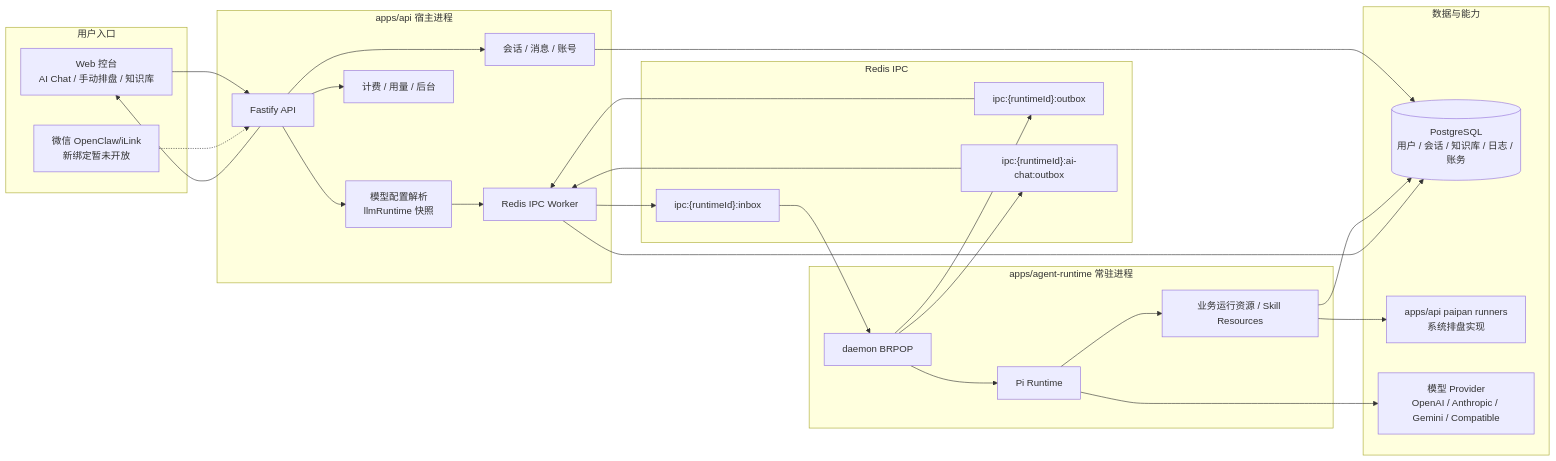
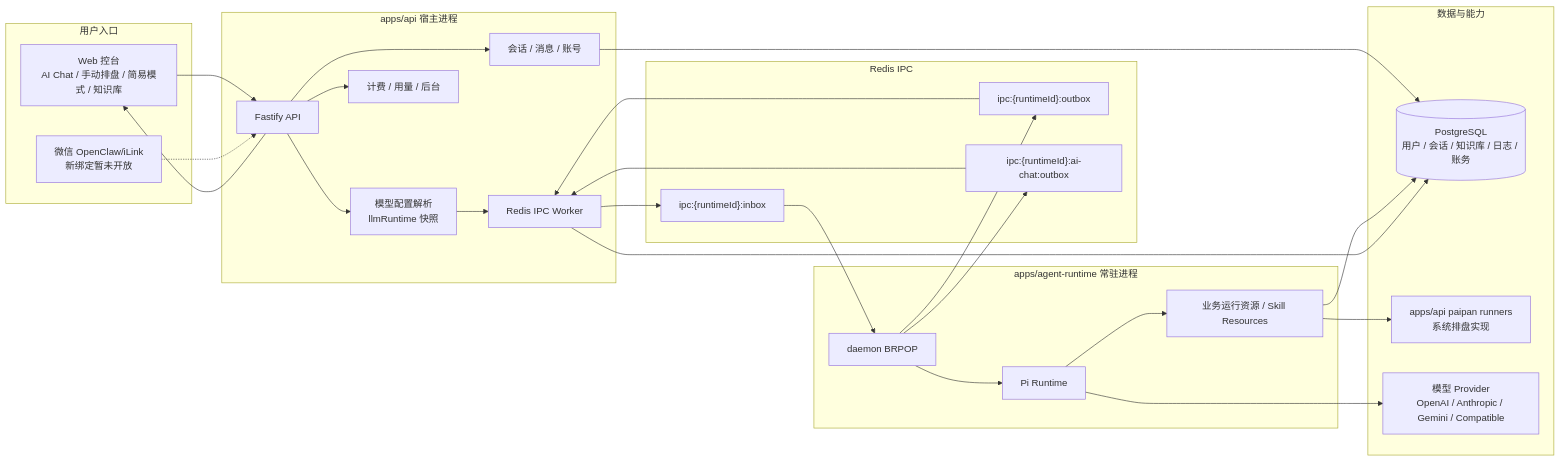
The first of 3 diagrams in README.md (Coaixy/FateClaw), drawn with Mermaid before and after one commit. The commit also changed other lines of this file and 5 other files, not shown here.

````diff
--- a/README.md
+++ b/README.md
@@ -21,54 +35,54 @@
 ```mermaid
 flowchart LR
   subgraph Client["用户入口"]
-    Web["Web 控台<br/>AI Chat / 手动排盘 / 知识库"]
+    Web["Web 控台<br/>AI Chat / 手动排盘 / 简易模式 / 知识库"]
     WeChat["微信 OpenClaw/iLink<br/>新绑定暂未开放"]
   end
 
   subgraph Host["apps/api 宿主进程"]
     Fastify["Fastify API"]
     Session["会话 / 消息 / 账号"]
     Runtime["模型配置解析<br/>llmRuntime 快照"]
     Billing["计费 / 用量 / 后台"]
     IpcWorker["Redis IPC Worker"]
   end
 
   subgraph Redis["Redis IPC"]
     Inbox["ipc:{runtimeId}:inbox"]
     Outbox["ipc:{runtimeId}:outbox"]
     AiOutbox["ipc:{runtimeId}:ai-chat:outbox"]
   end
 
   subgraph Agent["apps/agent-runtime 常驻进程"]
     Daemon["daemon BRPOP"]
     Kernel["Pi Runtime"]
     Tools["业务运行资源 / Skill Resources"]
   end
 
   subgraph Data["数据与能力"]
     PG[("PostgreSQL<br/>用户 / 会话 / 知识库 / 日志 / 账务")]
     PaipanRuntime["apps/api paipan runners<br/>系统排盘实现"]
     LLM["模型 Provider<br/>OpenAI / Anthropic / Gemini / Compatible"]
   end
 
   Web --> Fastify
   WeChat -.-> Fastify
   Fastify --> Session
   Fastify --> Runtime
   Fastify --> Billing
   Session --> PG
   Runtime --> IpcWorker
   IpcWorker --> Inbox
   Inbox --> Daemon
   Daemon --> Kernel
   Kernel --> Tools
   Tools --> PaipanRuntime
   Tools --> PG
   Kernel --> LLM
   Daemon --> Outbox
   Daemon --> AiOutbox
   Outbox --> IpcWorker
   AiOutbox --> IpcWorker
   IpcWorker --> PG
   Fastify --> Web
 ```
````
